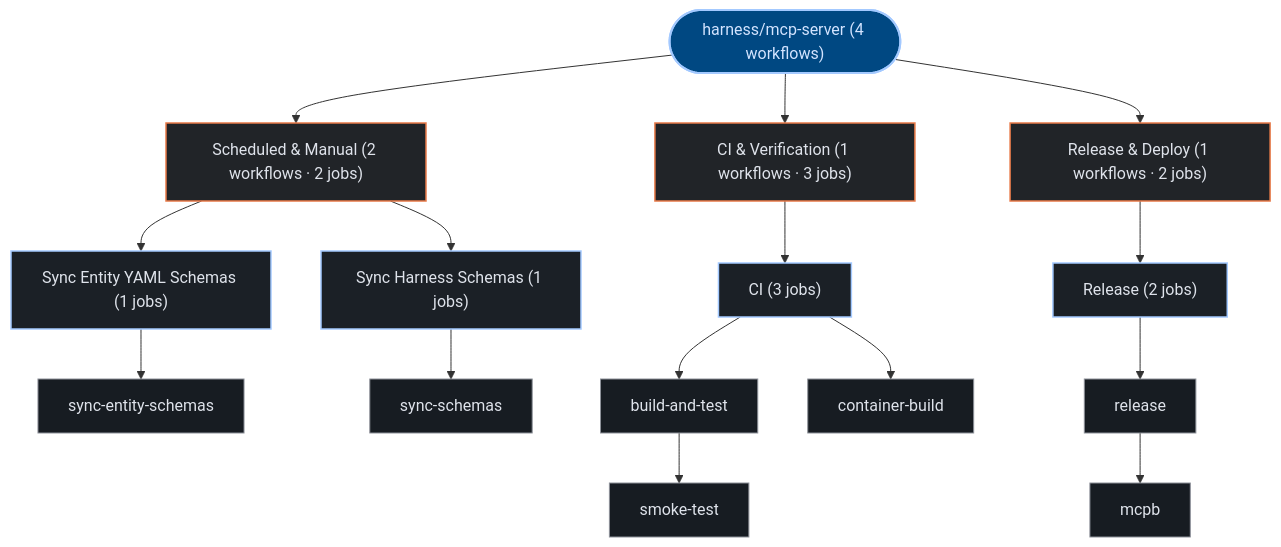
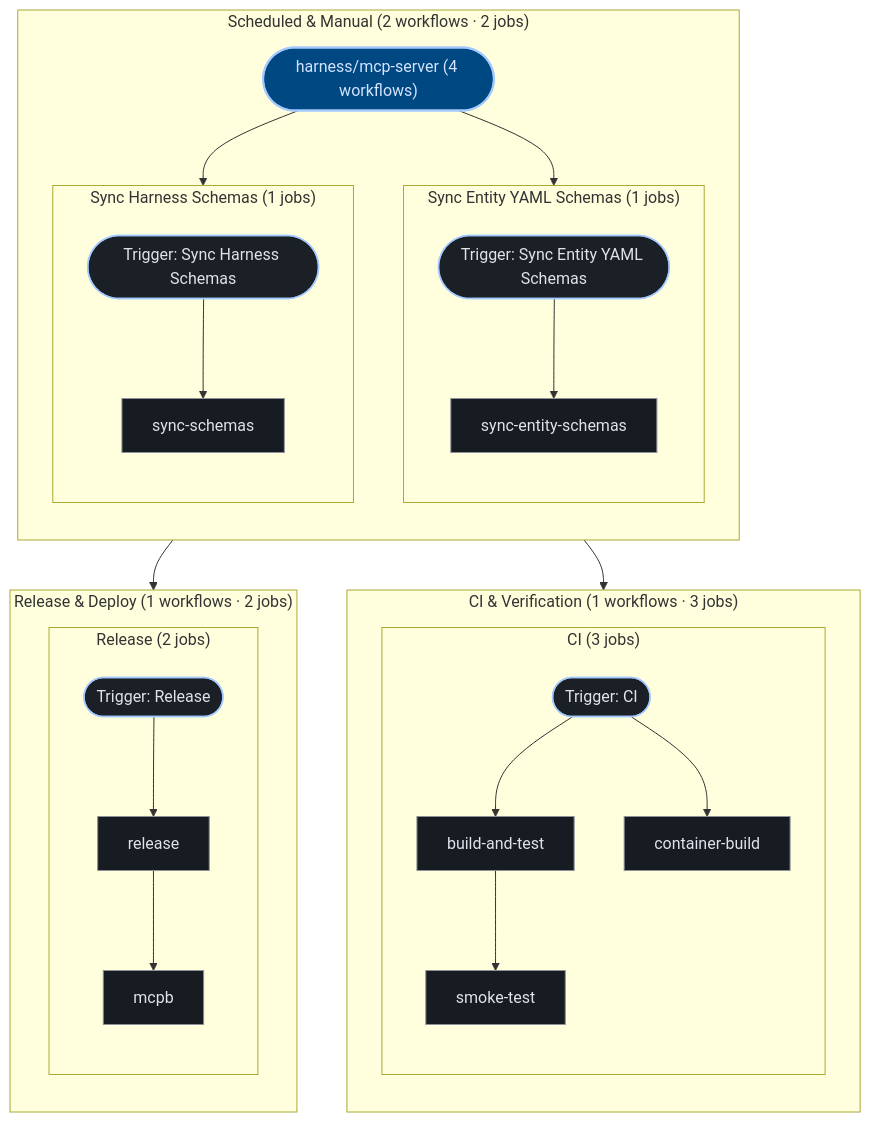
The third of 3 diagrams in exports/latest/reports/harness-mcp-server-report.md (kumarshaz/atruss-code-atlas), drawn with Mermaid before and after one commit. The commit also changed 181 other files, not shown here.

````diff
--- a/exports/latest/reports/harness-mcp-server-report.md
+++ b/exports/latest/reports/harness-mcp-server-report.md
@@ -206,39 +206,54 @@
 ```mermaid
 graph TD;
   classDef atlasRoot fill:#004882,stroke:#a3c9ff,stroke-width:2px,color:#d3e4ff
   classDef atlasCategory fill:#212428,stroke:#E87A48,stroke-width:1.5px,color:#dfe3eb
   classDef atlasWorkflow fill:#1b2026,stroke:#a3c9ff,stroke-width:1.5px,color:#dfe3eb
   classDef atlasJob fill:#171c22,stroke:#8d9199,stroke-width:1px,color:#dfe3eb
   classDef atlasTarget fill:#005227,stroke:#8bd99b,stroke-width:1.5px,color:#a7f6b6
   classDef atlasAlert fill:#93000a,stroke:#ffb4ab,stroke-width:1.5px,color:#ffdad6
   classDef atlasMore fill:#252a31,stroke:#8d9199,stroke-dasharray:4 4,color:#c3c6cf
   pipeline_root(["harness/mcp-server (4 workflows)"]):::atlasRoot
-  grp_0_Scheduled___Manual["Scheduled & Manual (2 workflows · 2 jobs)"]:::atlasCategory
-  pipeline_root --> grp_0_Scheduled___Manual
-  wf_2_Sync_Entity_YAML_Schemas["Sync Entity YAML Schemas (1 jobs)"]:::atlasWorkflow
-  grp_0_Scheduled___Manual --> wf_2_Sync_Entity_YAML_Schemas
-  job_2_sync_entity_schemas["sync-entity-schemas"]:::atlasJob
-  wf_2_Sync_Entity_YAML_Schemas --> job_2_sync_entity_schemas
-  wf_3_Sync_Harness_Schemas["Sync Harness Schemas (1 jobs)"]:::atlasWorkflow
-  grp_0_Scheduled___Manual --> wf_3_Sync_Harness_Schemas
-  job_3_sync_schemas["sync-schemas"]:::atlasJob
-  wf_3_Sync_Harness_Schemas --> job_3_sync_schemas
-  grp_1_CI___Verification["CI & Verification (1 workflows · 3 jobs)"]:::atlasCategory
-  pipeline_root --> grp_1_CI___Verification
-  wf_0_CI["CI (3 jobs)"]:::atlasWorkflow
-  grp_1_CI___Verification --> wf_0_CI
-  job_0_build_and_test["build-and-test"]:::atlasJob
-  job_0_smoke_test["smoke-test"]:::atlasJob
-  job_0_container_build["container-build"]:::atlasJob
-  wf_0_CI --> job_0_build_and_test
-  job_0_build_and_test --> job_0_smoke_test
-  wf_0_CI --> job_0_container_build
-  grp_2_Release___Deploy["Release & Deploy (1 workflows · 2 jobs)"]:::atlasCategory
-  pipeline_root --> grp_2_Release___Deploy
-  wf_1_Release["Release (2 jobs)"]:::atlasWorkflow
-  grp_2_Release___Deploy --> wf_1_Release
-  job_1_release["release"]:::atlasJob
-  job_1_mcpb["mcpb"]:::atlasJob
-  wf_1_Release --> job_1_release
-  job_1_release --> job_1_mcpb
+  subgraph sg_grp_0_Scheduled___Manual["Scheduled & Manual (2 workflows · 2 jobs)"]
+    direction TB
+    subgraph sg_wf_2_Sync_Entity_YAML_Schemas["Sync Entity YAML Schemas (1 jobs)"]
+      direction TB
+      wf_2_Sync_Entity_YAML_Schemas(["Trigger: Sync Entity YAML Schemas"]):::atlasWorkflow
+      job_2_sync_entity_schemas["sync-entity-schemas"]:::atlasJob
+      wf_2_Sync_Entity_YAML_Schemas --> job_2_sync_entity_schemas
+    end
+    pipeline_root --> wf_2_Sync_Entity_YAML_Schemas
+    subgraph sg_wf_3_Sync_Harness_Schemas["Sync Harness Schemas (1 jobs)"]
+      direction TB
+      wf_3_Sync_Harness_Schemas(["Trigger: Sync Harness Schemas"]):::atlasWorkflow
+      job_3_sync_schemas["sync-schemas"]:::atlasJob
+      wf_3_Sync_Harness_Schemas --> job_3_sync_schemas
+    end
+    pipeline_root --> wf_3_Sync_Harness_Schemas
+  end
+  subgraph sg_grp_1_CI___Verification["CI & Verification (1 workflows · 3 jobs)"]
+    direction TB
+    subgraph sg_wf_0_CI["CI (3 jobs)"]
+      direction TB
+      wf_0_CI(["Trigger: CI"]):::atlasWorkflow
+      job_0_build_and_test["build-and-test"]:::atlasJob
+      job_0_smoke_test["smoke-test"]:::atlasJob
+      job_0_container_build["container-build"]:::atlasJob
+      wf_0_CI --> job_0_build_and_test
+      job_0_build_and_test --> job_0_smoke_test
+      wf_0_CI --> job_0_container_build
+    end
+    pipeline_root --> wf_0_CI
+  end
+  subgraph sg_grp_2_Release___Deploy["Release & Deploy (1 workflows · 2 jobs)"]
+    direction TB
+    subgraph sg_wf_1_Release["Release (2 jobs)"]
+      direction TB
+      wf_1_Release(["Trigger: Release"]):::atlasWorkflow
+      job_1_release["release"]:::atlasJob
+      job_1_mcpb["mcpb"]:::atlasJob
+      wf_1_Release --> job_1_release
+      job_1_release --> job_1_mcpb
+    end
+    pipeline_root --> wf_1_Release
+  end
 ```
````
